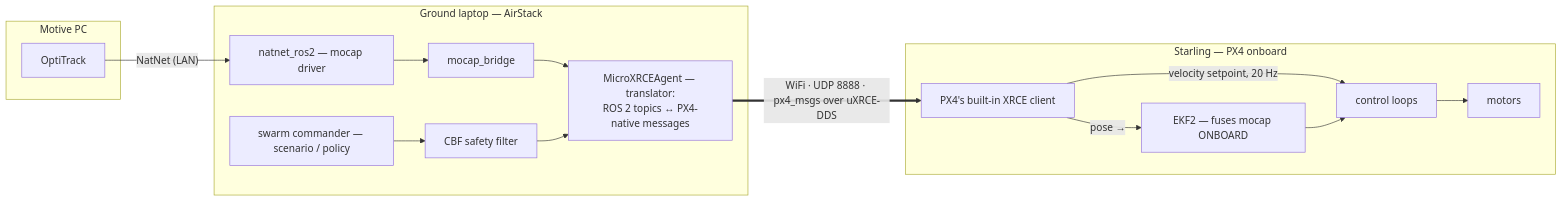
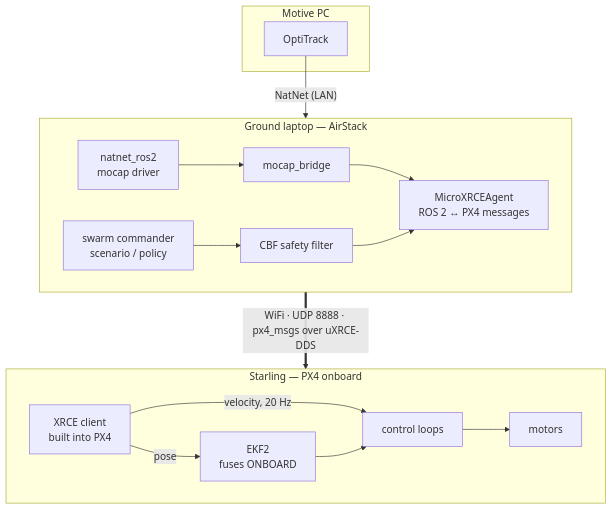
One commit to AI-DA-STC/AirStack-starling-max2 changed the first of 2 diagrams in README.md. Above: the diagram before and after it, drawn with Mermaid.

Commit message:
docs: stack system diagram vertically for larger rendering

````diff
--- a/README.md
+++ b/README.md
@@ -84,19 +84,19 @@
 ```mermaid
-flowchart LR
+flowchart TD
   subgraph MOTIVE["Motive PC"]
     M["OptiTrack"]
   end
   subgraph LAPTOP["Ground laptop — AirStack"]
-    N["natnet_ros2 — mocap driver"] --> B["mocap_bridge"]
-    P["swarm commander — scenario / policy"] --> C["CBF safety filter"]
-    B --> X["MicroXRCEAgent — translator:<br/>ROS 2 topics ↔ PX4-native messages"]
-    C --> X
+    direction LR
+    N["natnet_ros2<br/>mocap driver"] --> B["mocap_bridge"] --> X["MicroXRCEAgent<br/>ROS 2 ↔ PX4 messages"]
+    P["swarm commander<br/>scenario / policy"] --> C["CBF safety filter"] --> X
   end
   subgraph DRONE["Starling — PX4 onboard"]
-    K["PX4's built-in XRCE client"] -- "pose → " --> E["EKF2 — fuses mocap ONBOARD"]
-    K -- "velocity setpoint, 20 Hz" --> L["control loops"]
+    direction LR
+    K["XRCE client<br/>built into PX4"] -- "pose" --> E["EKF2<br/>fuses ONBOARD"]
+    K -- "velocity, 20 Hz" --> L["control loops"]
     E --> L --> R["motors"]
   end
   M -- "NatNet (LAN)" --> N
   X == "WiFi · UDP 8888 · px4_msgs over uXRCE-DDS" ==> K
 ```
````
